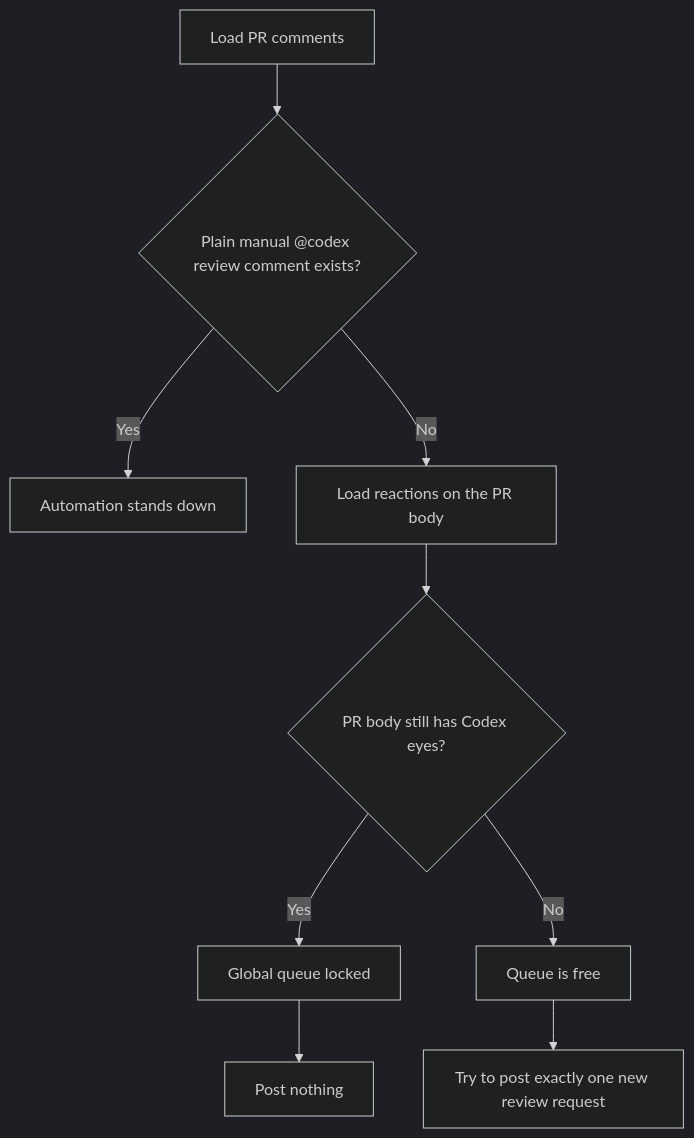
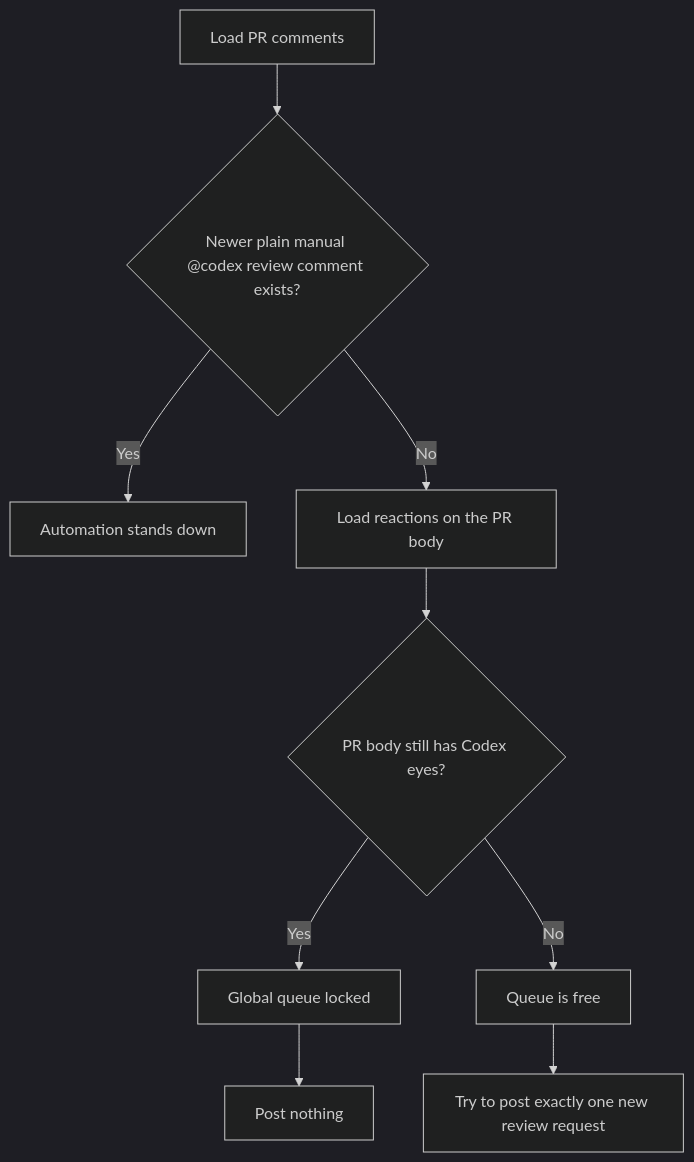
Before and after one commit to jaharris87/fTimer: the third of 4 diagrams in docs/workflows/codex-review-flow.md, drawn with Mermaid (dark theme). The commit also changed other lines of this file and 4 other files, not shown here.

Commit message:
harden codex review workflow

````diff
--- a/docs/workflows/codex-review-flow.md
+++ b/docs/workflows/codex-review-flow.md
@@ -163,11 +171,11 @@
 ```mermaid
 flowchart TD
-    A["Load PR comments"] --> B{"Plain manual @codex review comment exists?"}
+    A["Load PR comments"] --> B{"Newer plain manual @codex review comment exists?"}
     B -->|"Yes"| C["Automation stands down"]
     B -->|"No"| D["Load reactions on the PR body"]
     D --> E{"PR body still has Codex eyes?"}
     E -->|"Yes"| F["Global queue locked"]
     F --> G["Post nothing"]
     E -->|"No"| H["Queue is free"]
     H --> I["Try to post exactly one new review request"]
 ```
````
